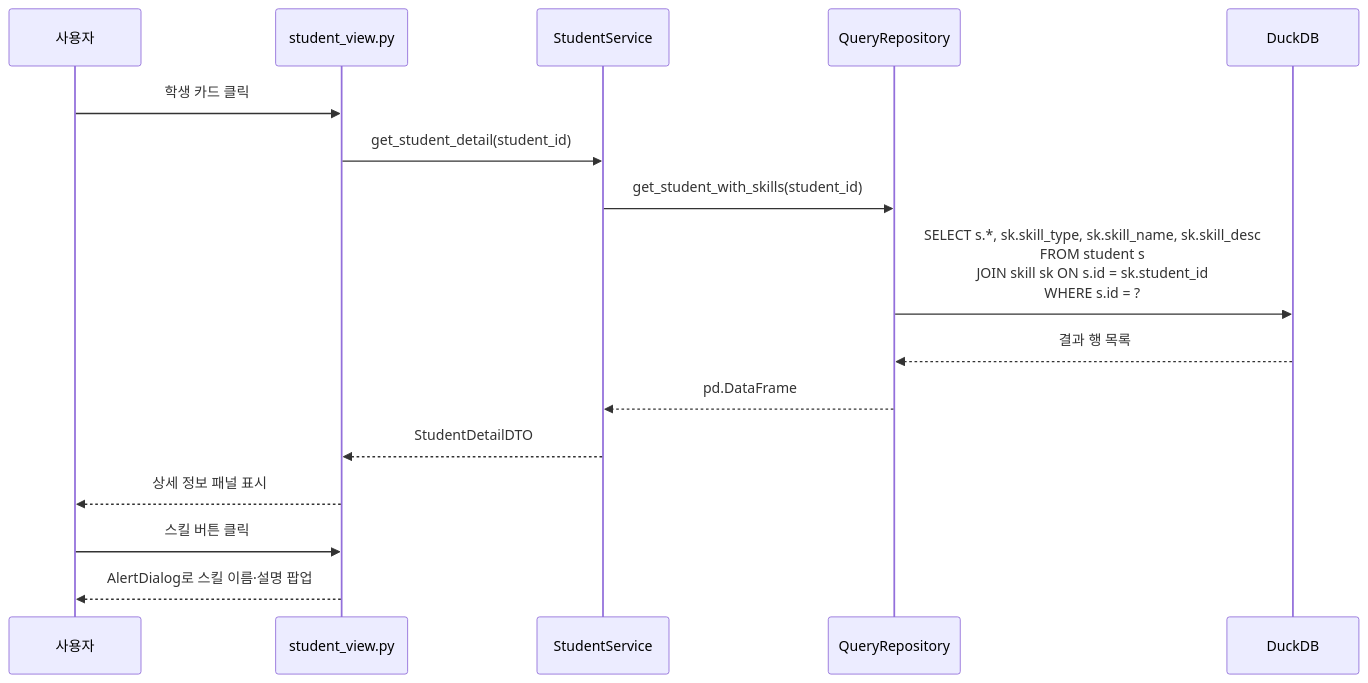
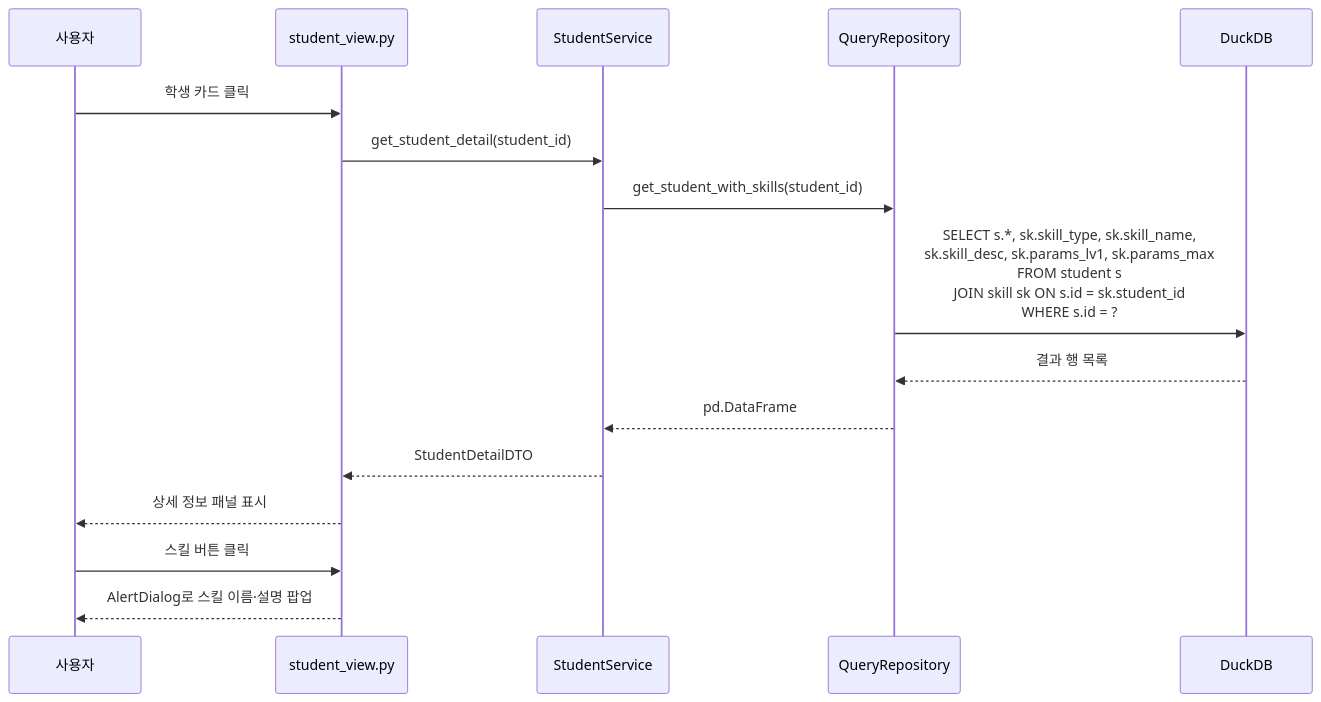
One commit to dngur521/blue-archive-db-project changed the second of 5 diagrams in 설계서_초안.md. Above: the diagram before and after it, drawn with Mermaid. The commit also changed other lines of this file and 26 other files, not shown here.

````diff
--- a/설계서_초안.md
+++ b/설계서_초안.md
@@ -572,20 +597,20 @@
 ```mermaid
 sequenceDiagram
     participant 사용자
     participant View as student_view.py
     participant Service as StudentService
     participant QueryRepo as QueryRepository
     participant DB as DuckDB
 
     사용자->>View: 학생 카드 클릭
     View->>Service: get_student_detail(student_id)
     Service->>QueryRepo: get_student_with_skills(student_id)
-    QueryRepo->>DB: SELECT s.*, sk.skill_type, sk.skill_name, sk.skill_desc<br/>FROM student s<br/>JOIN skill sk ON s.id = sk.student_id<br/>WHERE s.id = ?
+    QueryRepo->>DB: SELECT s.*, sk.skill_type, sk.skill_name,<br/>  sk.skill_desc, sk.params_lv1, sk.params_max<br/>FROM student s<br/>JOIN skill sk ON s.id = sk.student_id<br/>WHERE s.id = ?
     DB-->>QueryRepo: 결과 행 목록
     QueryRepo-->>Service: pd.DataFrame
     Service-->>View: StudentDetailDTO
     View-->>사용자: 상세 정보 패널 표시
 
     사용자->>View: 스킬 버튼 클릭
     View-->>사용자: AlertDialog로 스킬 이름·설명 팝업
 ```
````
